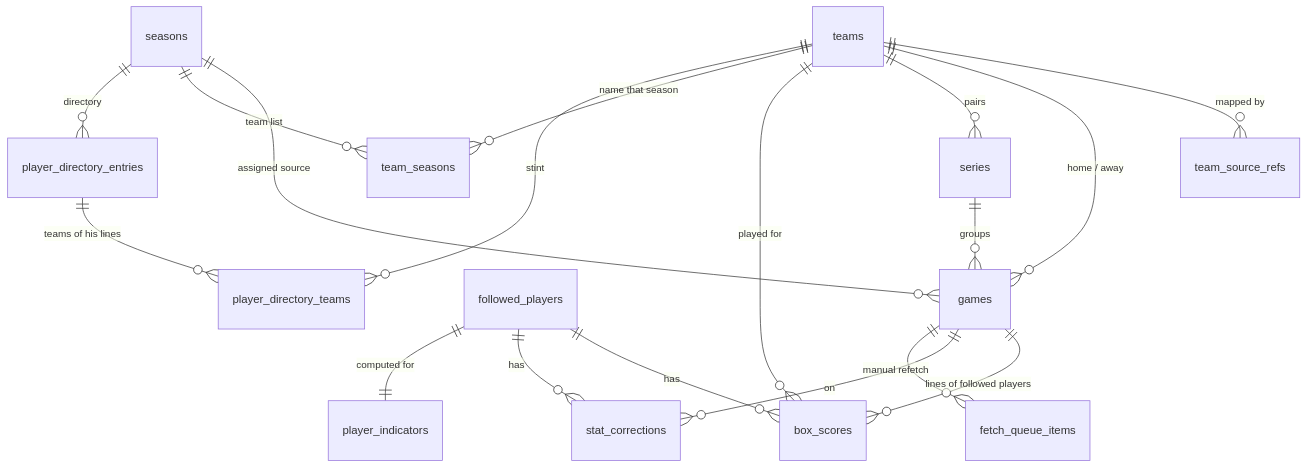
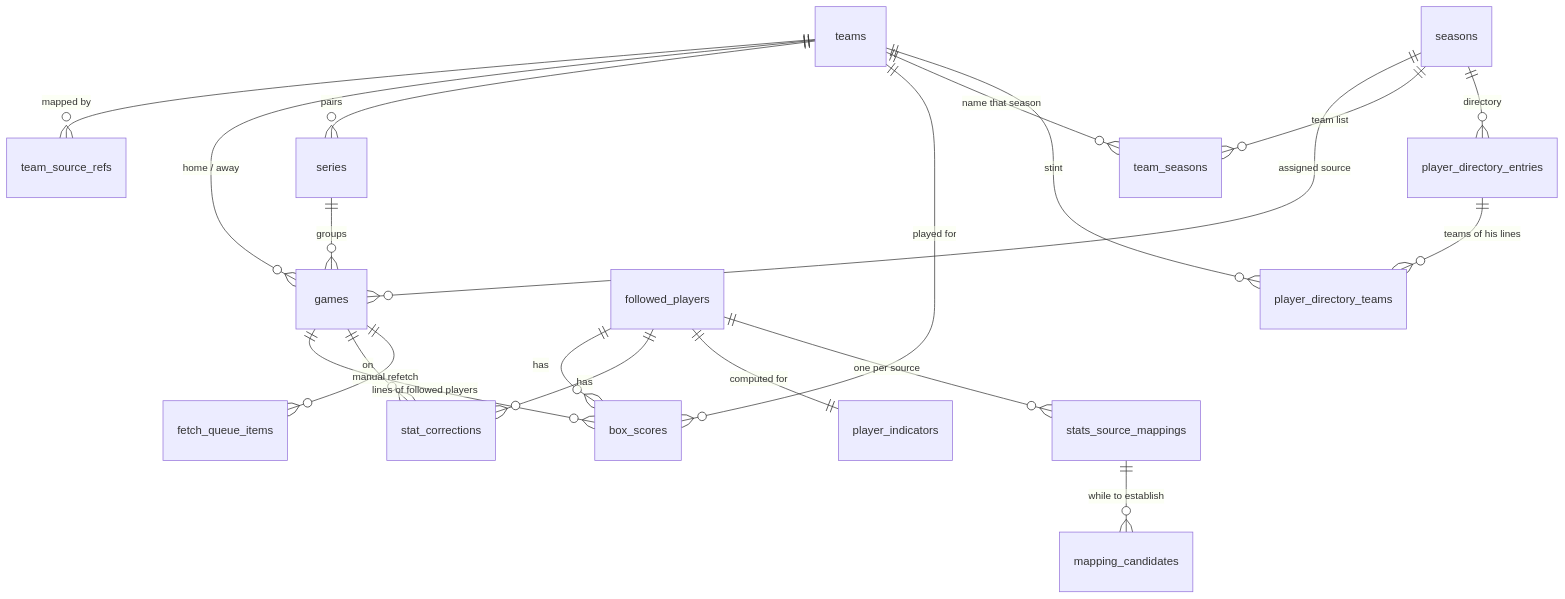
Before and after one commit to youtix/egoscope: the diagram in docs/engineering/domain-model/games-and-statistics.md, drawn with Mermaid. The commit also changed other lines of this file and 7 other files, not shown here.

````diff
--- a/docs/engineering/domain-model/games-and-statistics.md
+++ b/docs/engineering/domain-model/games-and-statistics.md
@@ -557,20 +632,22 @@
 ```mermaid
 erDiagram
   teams ||--o{ team_source_refs : "mapped by"
   teams ||--o{ games : "home / away"
   series ||--o{ games : groups
   teams ||--o{ series : "pairs"
   games ||--o{ box_scores : "lines of followed players"
   followed_players ||--o{ box_scores : has
   teams ||--o{ box_scores : "played for"
   followed_players ||--o{ stat_corrections : has
   games ||--o{ stat_corrections : on
   followed_players ||--|| player_indicators : "computed for"
   games ||--o{ fetch_queue_items : "manual refetch"
   seasons ||--o{ games : "assigned source"
   seasons ||--o{ team_seasons : "team list"
   teams ||--o{ team_seasons : "name that season"
   seasons ||--o{ player_directory_entries : "directory"
   player_directory_entries ||--o{ player_directory_teams : "teams of his lines"
   teams ||--o{ player_directory_teams : "stint"
+  followed_players ||--o{ stats_source_mappings : "one per source"
+  stats_source_mappings ||--o{ mapping_candidates : "while to establish"
 ```
````
